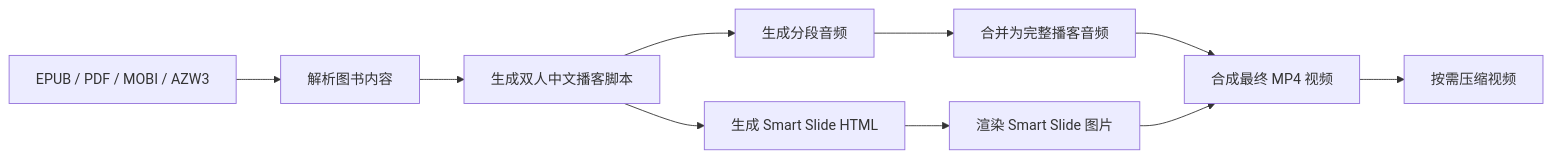
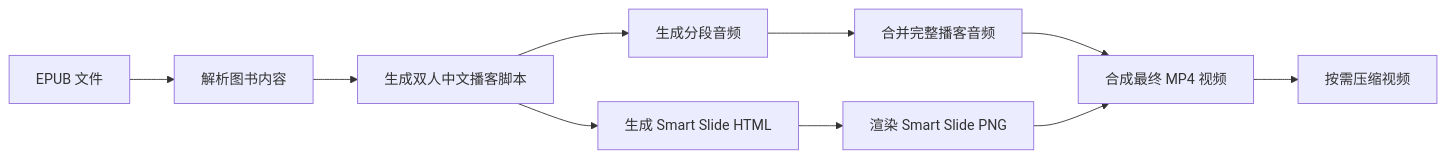
The diagram in epub2podcast/README.md (dracohu2025-cloud/draco-skills-collection), drawn with Mermaid before and after one commit. The commit also changed other lines of this file and 41 other files, not shown here.

````diff
--- a/epub2podcast/README.md
+++ b/epub2podcast/README.md
@@ -72,12 +67,12 @@
 ```mermaid
 flowchart LR
-    A[EPUB / PDF / MOBI / AZW3] --> B[解析图书内容]
+    A[EPUB 文件] --> B[解析图书内容]
     B --> C[生成双人中文播客脚本]
     C --> D[生成分段音频]
-    D --> E[合并为完整播客音频]
+    D --> E[合并完整播客音频]
     C --> F[生成 Smart Slide HTML]
-    F --> G[渲染 Smart Slide 图片]
+    F --> G[渲染 Smart Slide PNG]
     E --> H[合成最终 MP4 视频]
     G --> H
     H --> I[按需压缩视频]
 ```
````
